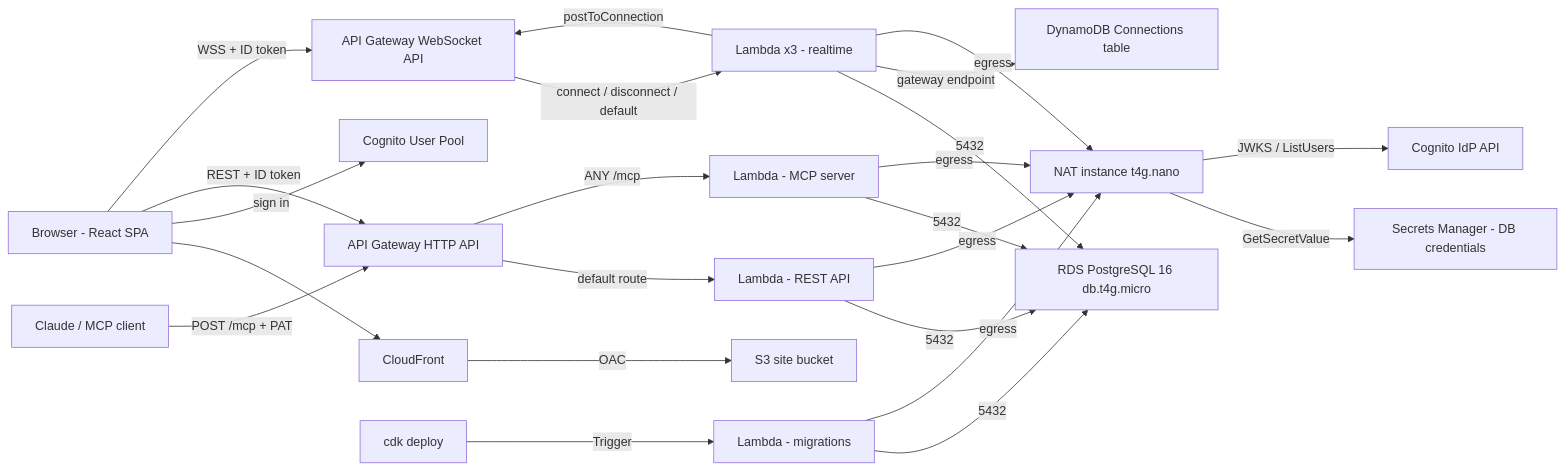
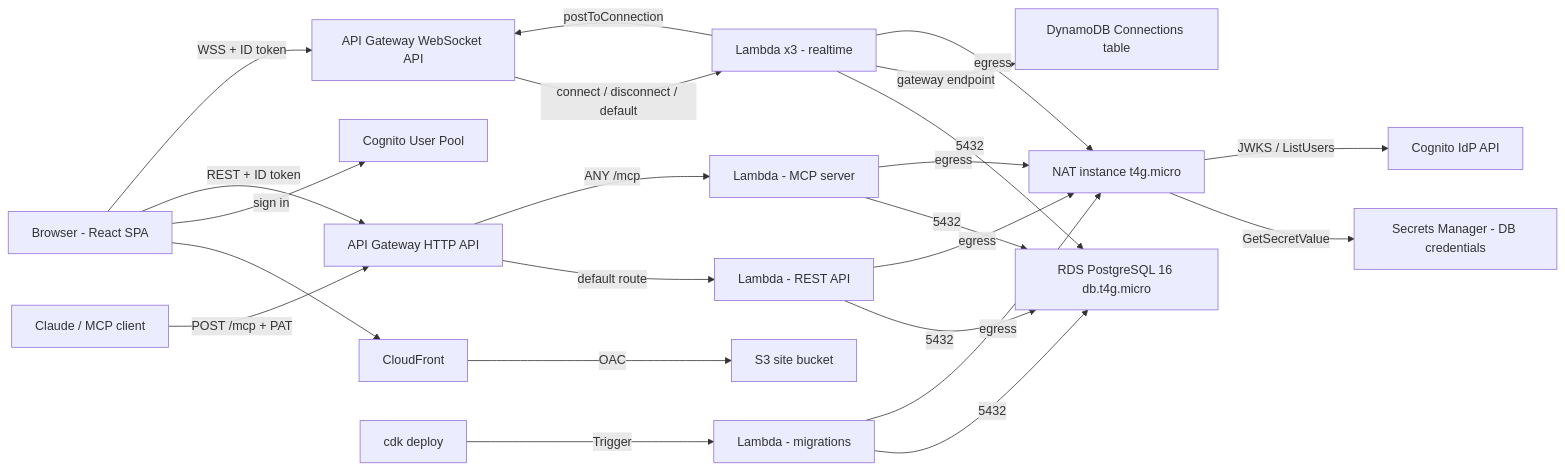
The diagram in docs/aws-architecture.mmd (Sharann-del/Clara), drawn with Mermaid before and after one commit. The commit also changed 10 other files, not shown here.

Commit message:
infra: default the NAT instance to t4g.micro for Free plan accounts

```diff
--- a/docs/aws-architecture.mmd
+++ b/docs/aws-architecture.mmd
@@ -1,23 +1,23 @@
 flowchart LR
   Browser[Browser - React SPA] --> CloudFront[CloudFront]
   CloudFront -->|OAC| S3[S3 site bucket]
   Browser -->|sign in| Cognito[Cognito User Pool]
   Browser -->|REST + ID token| HttpApi[API Gateway HTTP API]
   Browser -->|WSS + ID token| WsApi[API Gateway WebSocket API]
   Claude[Claude / MCP client] -->|POST /mcp + PAT| HttpApi
   HttpApi -->|default route| ApiFn[Lambda - REST API]
   HttpApi -->|ANY /mcp| McpFn[Lambda - MCP server]
   WsApi -->|connect / disconnect / default| WsFn[Lambda x3 - realtime]
   Deploy[cdk deploy] -->|Trigger| MigrateFn[Lambda - migrations]
   ApiFn -->|5432| RDS[RDS PostgreSQL 16 db.t4g.micro]
   McpFn -->|5432| RDS
   WsFn -->|5432| RDS
   MigrateFn -->|5432| RDS
   WsFn -->|gateway endpoint| DynamoDB[DynamoDB Connections table]
   WsFn -->|postToConnection| WsApi
-  ApiFn -->|egress| NAT[NAT instance t4g.nano]
+  ApiFn -->|egress| NAT[NAT instance t4g.micro]
   McpFn -->|egress| NAT
   WsFn -->|egress| NAT
   MigrateFn -->|egress| NAT
   NAT -->|GetSecretValue| Secrets[Secrets Manager - DB credentials]
   NAT -->|JWKS / ListUsers| CognitoAPI[Cognito IdP API]
```
